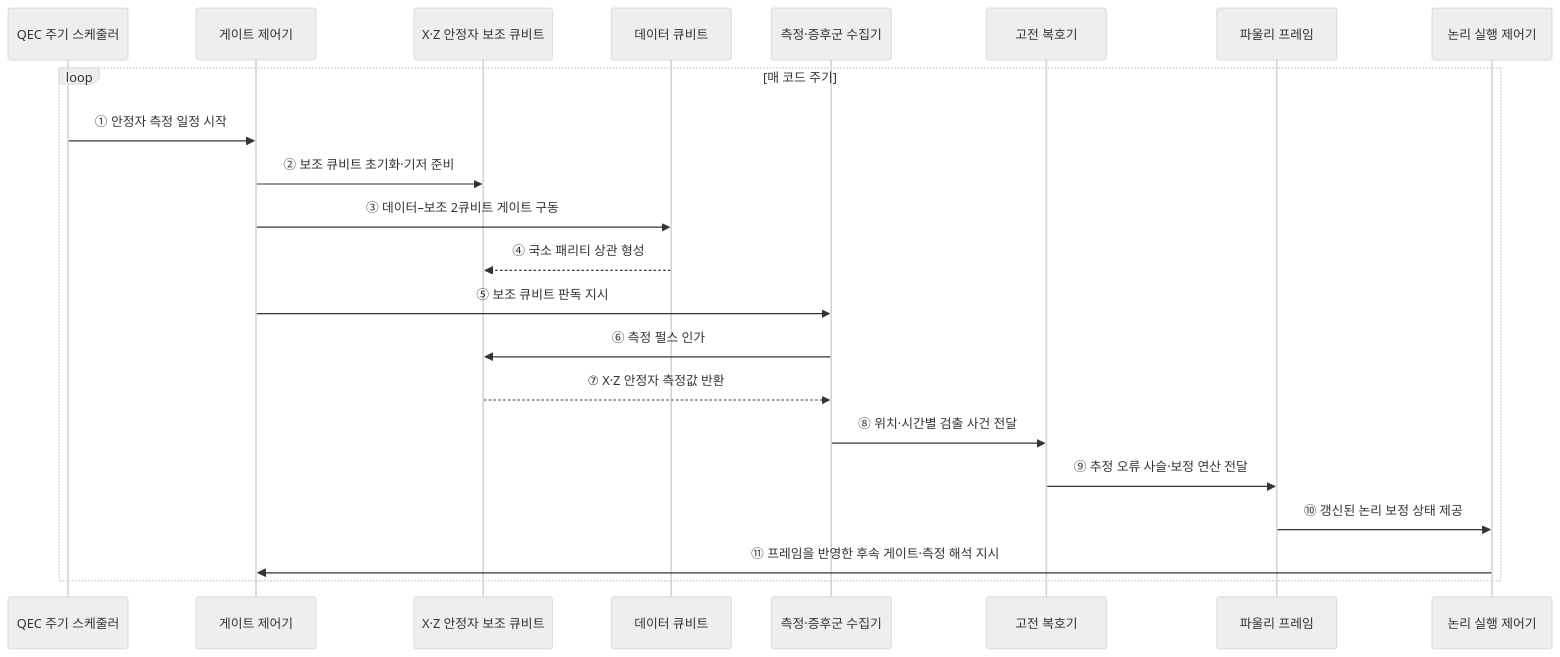
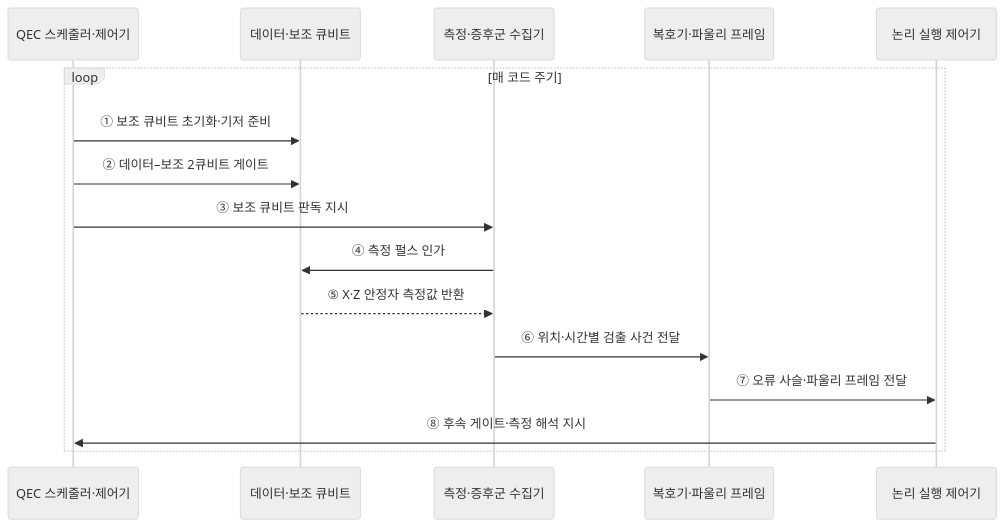
Before and after one commit to agnusdei1207/knowledge-base: the second of 2 diagrams in src/content/docs/notes/02-hardware/074_quantum_error_correction_surface_code.md, drawn with Mermaid (neutral theme). The commit also changed other lines of this file and 20 other files, not shown here.

````diff
--- a/src/content/docs/notes/02-hardware/074_quantum_error_correction_surface_code.md
+++ b/src/content/docs/notes/02-hardware/074_quantum_error_correction_surface_code.md
@@ -94,25 +73,19 @@
 ```mermaid
 sequenceDiagram
-    participant S as QEC 주기 스케줄러
-    participant C as 게이트 제어기
-    participant A as X·Z 안정자 보조 큐비트
-    participant D as 데이터 큐비트
+    participant S as QEC 스케줄러·제어기
+    participant Q as 데이터·보조 큐비트
     participant M as 측정·증후군 수집기
-    participant R as 고전 복호기
-    participant F as 파울리 프레임
+    participant R as 복호기·파울리 프레임
     participant L as 논리 실행 제어기
 
     loop 매 코드 주기
-        S->>C: ① 안정자 측정 일정 시작
-        C->>A: ② 보조 큐비트 초기화·기저 준비
-        C->>D: ③ 데이터–보조 2큐비트 게이트 구동
-        D-->>A: ④ 국소 패리티 상관 형성
-        C->>M: ⑤ 보조 큐비트 판독 지시
-        M->>A: ⑥ 측정 펄스 인가
-        A-->>M: ⑦ X·Z 안정자 측정값 반환
-        M->>R: ⑧ 위치·시간별 검출 사건 전달
-        R->>F: ⑨ 추정 오류 사슬·보정 연산 전달
-        F->>L: ⑩ 갱신된 논리 보정 상태 제공
-        L->>C: ⑪ 프레임을 반영한 후속 게이트·측정 해석 지시
+        S->>Q: ① 보조 큐비트 초기화·기저 준비
+        S->>Q: ② 데이터–보조 2큐비트 게이트
+        S->>M: ③ 보조 큐비트 판독 지시
+        M->>Q: ④ 측정 펄스 인가
+        Q-->>M: ⑤ X·Z 안정자 측정값 반환
+        M->>R: ⑥ 위치·시간별 검출 사건 전달
+        R->>L: ⑦ 오류 사슬·파울리 프레임 전달
+        L->>S: ⑧ 후속 게이트·측정 해석 지시
     end
 ```
````
